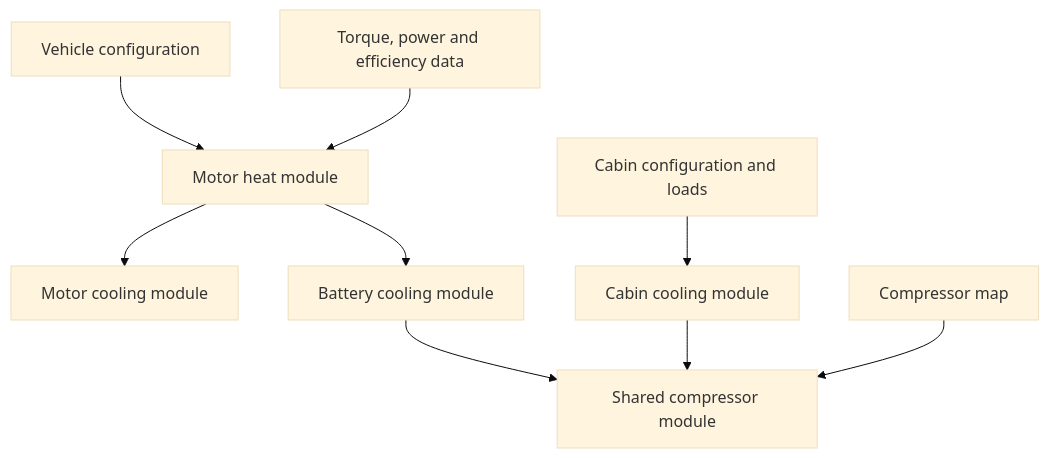
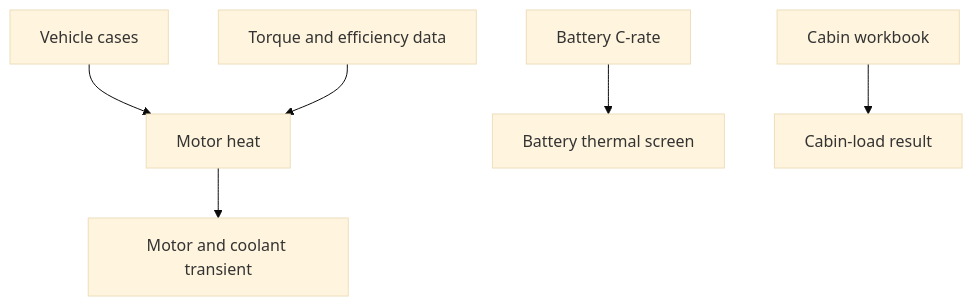
Before and after one commit to Hussnain-Al/ev-thermal-analysis-framework: the diagram in docs/ARCHITECTURE.md, drawn with Mermaid (base theme). The commit also changed other lines of this file and 51 other files, not shown here.

Commit message:
Simplify thermal model and remove compressor

````diff
--- a/docs/ARCHITECTURE.md
+++ b/docs/ARCHITECTURE.md
@@ -5,11 +3,8 @@
 ```mermaid
 flowchart TD
-  A["Vehicle configuration"] --> B["Motor heat module"]
-  C["Torque, power and efficiency data"] --> B
-  B --> D["Motor cooling module"]
-  B --> E["Battery cooling module"]
-  F["Cabin configuration and loads"] --> G["Cabin cooling module"]
-  E --> H["Shared compressor module"]
-  G --> H
-  I["Compressor map"] --> H
+  A["Vehicle cases"] --> B["Motor heat"]
+  C["Torque and efficiency data"] --> B
+  B --> D["Motor and coolant transient"]
+  E["Battery C-rate"] --> F["Battery thermal screen"]
+  G["Cabin workbook"] --> H["Cabin-load result"]
 ```
````
